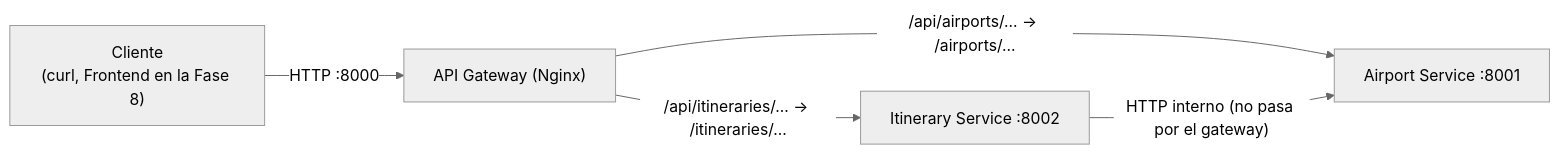
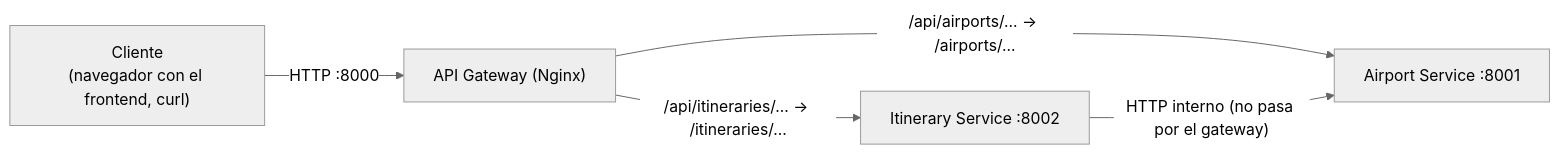
One commit to JUANGR12192004/sistema-itinerarios-personales changed the diagram in gateway/README.md. Above: the diagram before and after it, drawn with Mermaid (neutral theme). The commit also changed other lines of this file and 12 other files, not shown here.

````diff
--- a/gateway/README.md
+++ b/gateway/README.md
@@ -11,7 +12,7 @@
 ```mermaid
 flowchart LR
-    C["Cliente<br/>(curl, Frontend en la Fase 8)"] -->|"HTTP :8000"| GW["API Gateway (Nginx)"]
+    C["Cliente<br/>(navegador con el frontend, curl)"] -->|"HTTP :8000"| GW["API Gateway (Nginx)"]
     GW -->|"/api/airports/... → /airports/..."| AS["Airport Service :8001"]
     GW -->|"/api/itineraries/... → /itineraries/..."| IS["Itinerary Service :8002"]
     IS -->|"HTTP interno (no pasa por el gateway)"| AS
 ```
````
